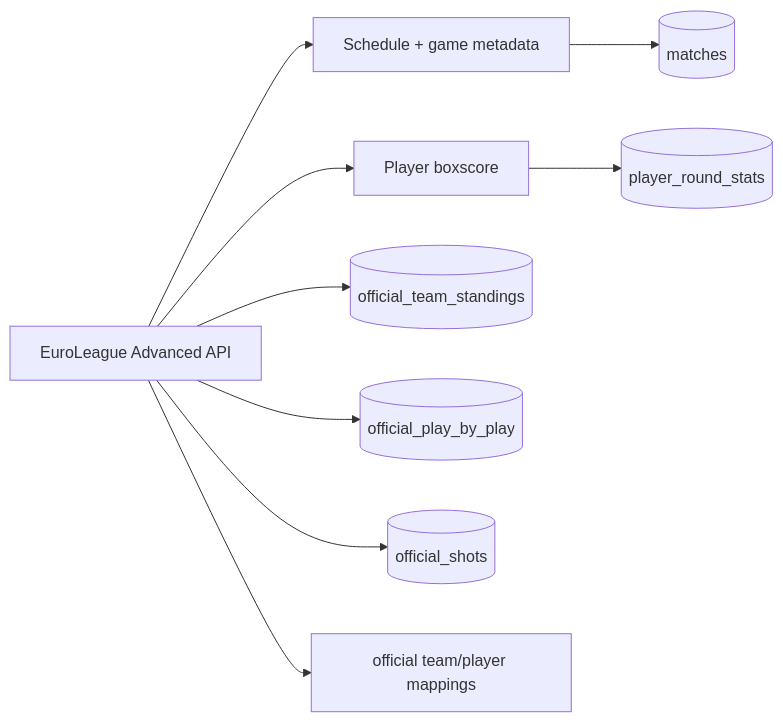
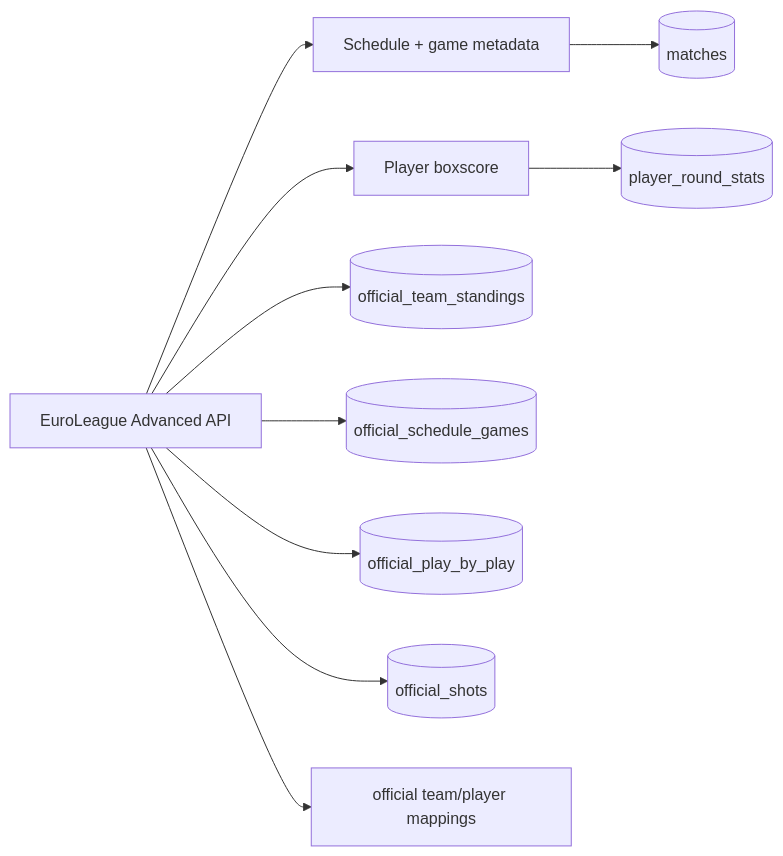
One commit to c4rl0s04/biwenger-euroleague-stats changed the second of 2 diagrams in docs/architecture/data-and-sync.md. Above: the diagram before and after it, drawn with Mermaid. The commit also changed 9 other files, not shown here.

````diff
--- a/docs/architecture/data-and-sync.md
+++ b/docs/architecture/data-and-sync.md
@@ -82,11 +82,12 @@
 ```mermaid
 flowchart LR
   EuroLeague["EuroLeague Advanced API"] --> Calendar["Schedule + game metadata"]
   Calendar --> Matches[(matches)]
   EuroLeague --> Boxscore["Player boxscore"]
   Boxscore --> PlayerStats[(player_round_stats)]
   EuroLeague --> Standings[(official_team_standings)]
+  EuroLeague --> Schedule[(official_schedule_games)]
   EuroLeague --> PBP[(official_play_by_play)]
   EuroLeague --> Shots[(official_shots)]
   EuroLeague --> Mappings["official team/player mappings"]
 ```
````
